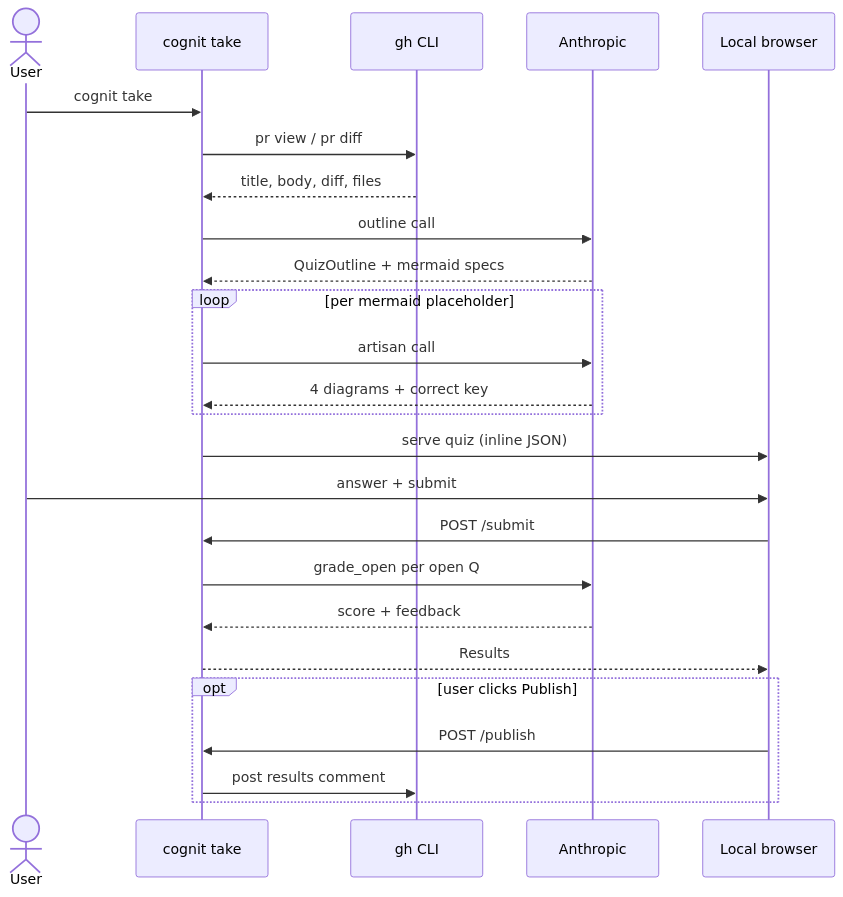
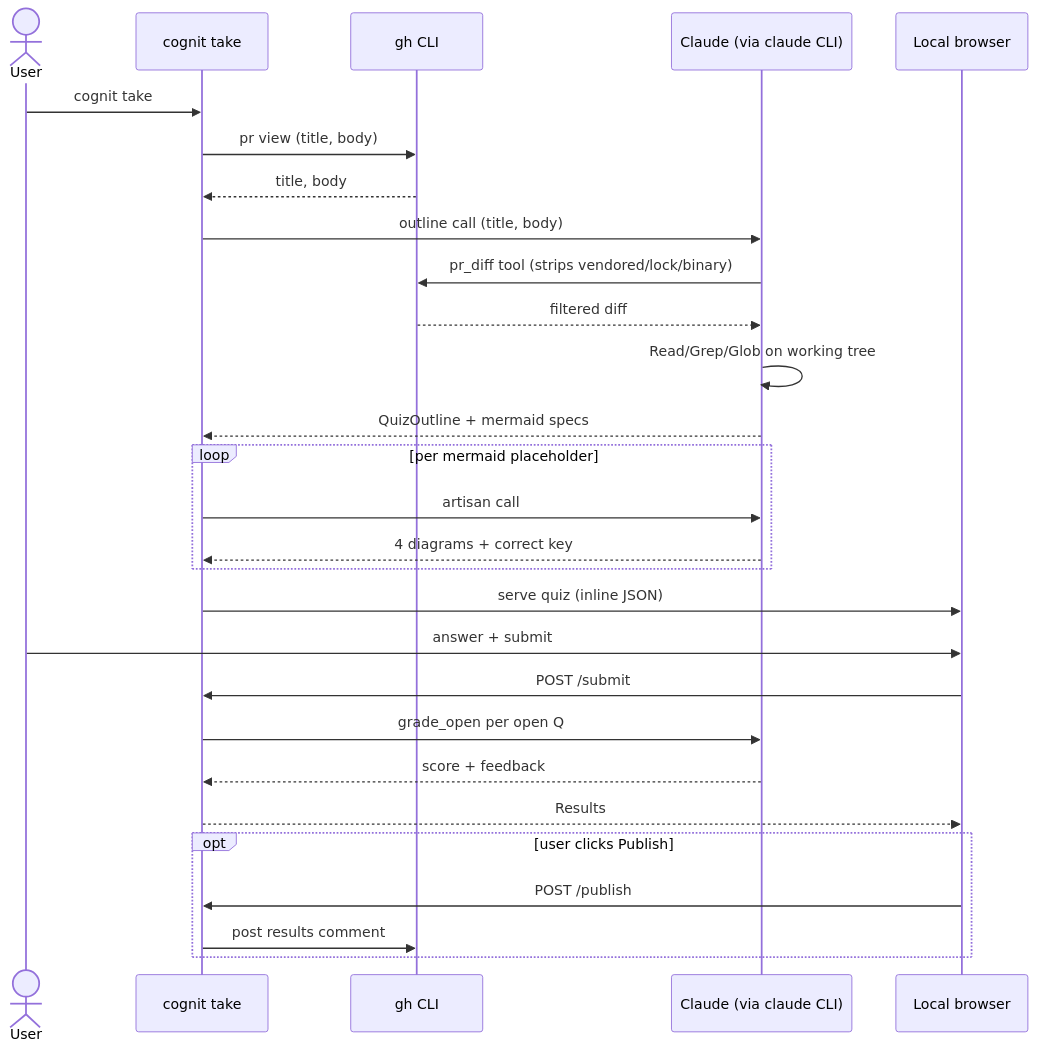
The diagram in README.md (jonasbrami/cognit), drawn with Mermaid before and after one commit. The commit also changed other lines of this file and 21 other files, not shown here.

````diff
--- a/README.md
+++ b/README.md
@@ -65,28 +62,31 @@
 ```mermaid
 sequenceDiagram
   actor User
   participant CLI as cognit take
   participant gh as gh CLI
-  participant LLM as Anthropic
+  participant Agent as Claude (via claude CLI)
   participant Web as Local browser
 
   User->>CLI: cognit take
-  CLI->>gh: pr view / pr diff
-  gh-->>CLI: title, body, diff, files
-  CLI->>LLM: outline call
-  LLM-->>CLI: QuizOutline + mermaid specs
+  CLI->>gh: pr view (title, body)
+  gh-->>CLI: title, body
+  CLI->>Agent: outline call (title, body)
+  Agent->>gh: pr_diff tool (strips vendored/lock/binary)
+  gh-->>Agent: filtered diff
+  Agent->>Agent: Read/Grep/Glob on working tree
+  Agent-->>CLI: QuizOutline + mermaid specs
   loop per mermaid placeholder
-    CLI->>LLM: artisan call
-    LLM-->>CLI: 4 diagrams + correct key
+    CLI->>Agent: artisan call
+    Agent-->>CLI: 4 diagrams + correct key
   end
   CLI->>Web: serve quiz (inline JSON)
   User->>Web: answer + submit
   Web->>CLI: POST /submit
-  CLI->>LLM: grade_open per open Q
-  LLM-->>CLI: score + feedback
+  CLI->>Agent: grade_open per open Q
+  Agent-->>CLI: score + feedback
   CLI-->>Web: Results
   opt user clicks Publish
     Web->>CLI: POST /publish
     CLI->>gh: post results comment
   end
 ```
````
